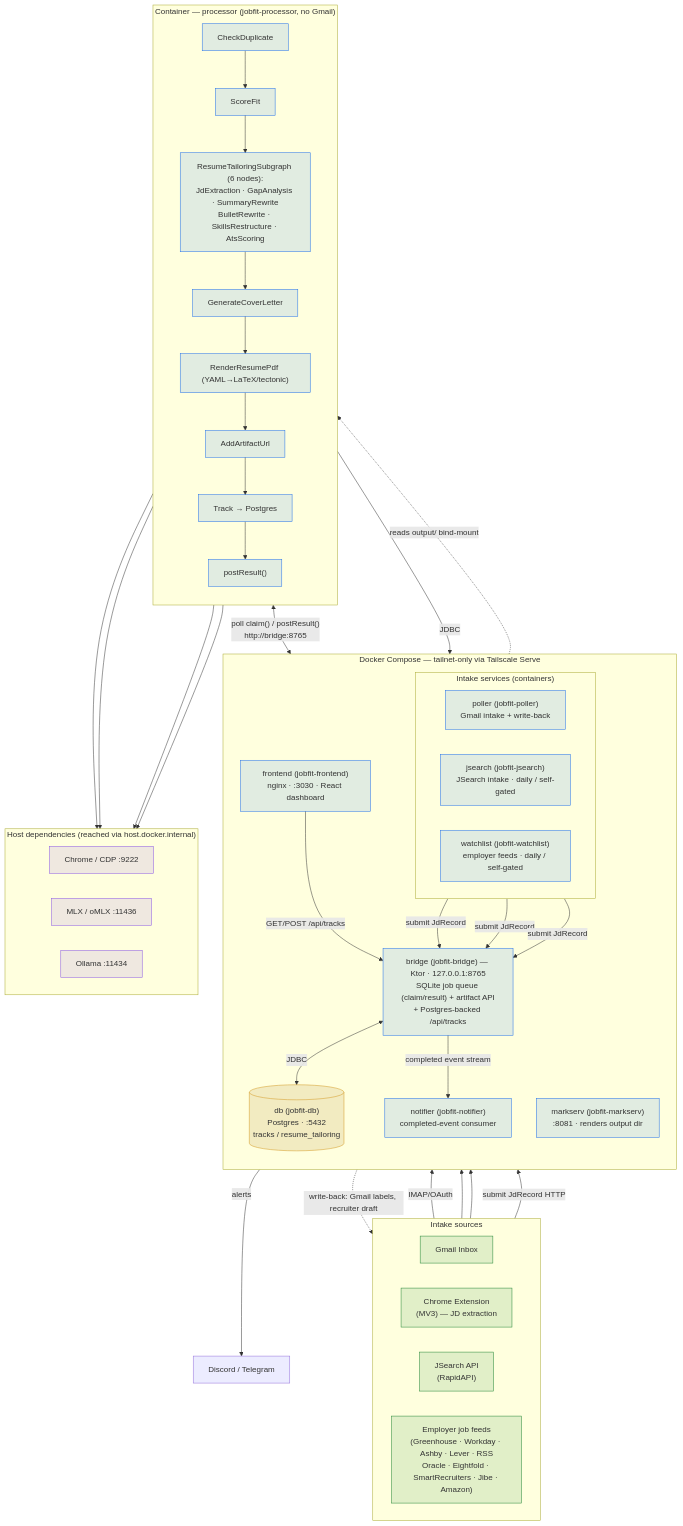
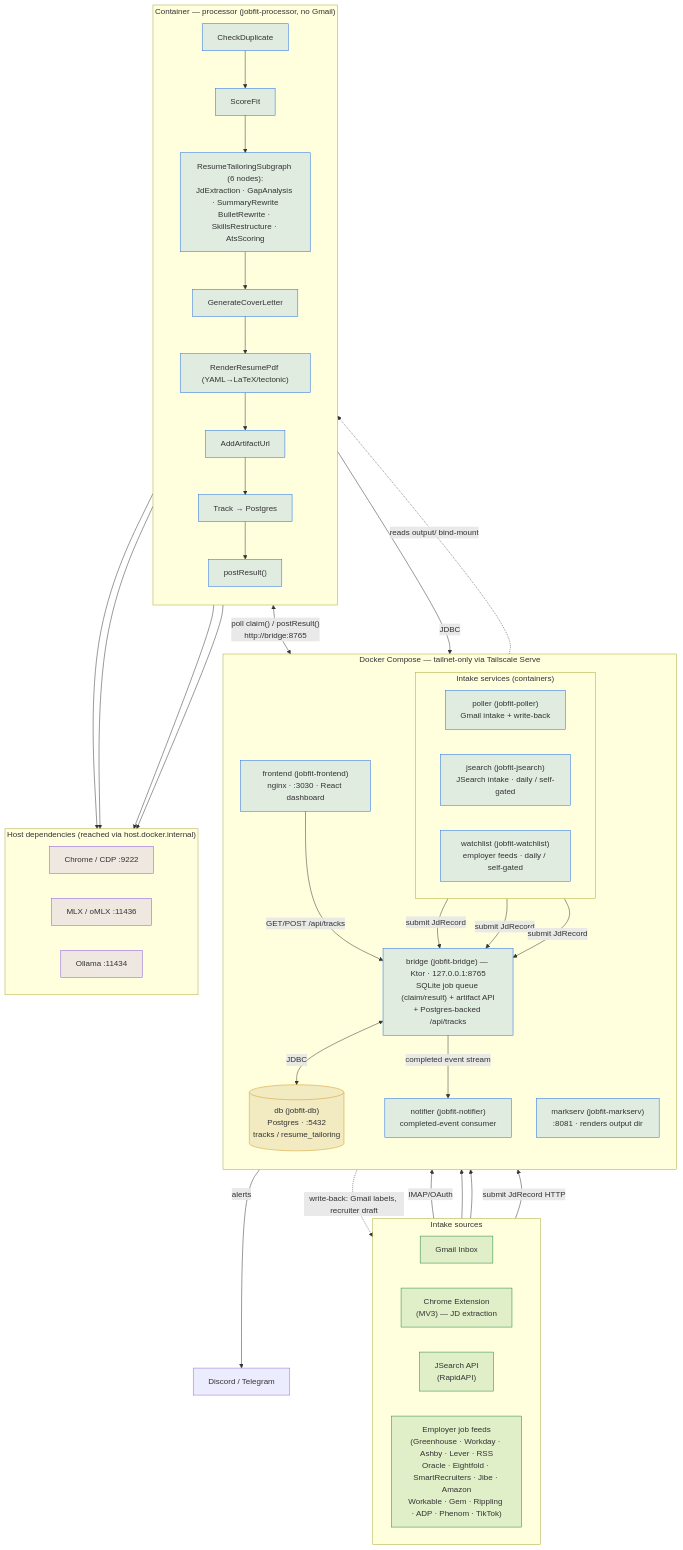
Before and after one commit to dkkyai/job-fit-apply-ai: the diagram in README.md, drawn with Mermaid. The commit also changed 21 other files, not shown here.

First line of the commit message:
feat(watchlist): Workable, Gem, Rippling, ADP, Phenom and TikTok adapters

```diff
--- a/README.md
+++ b/README.md
@@ -18,7 +18,7 @@
         GM["Gmail Inbox"]
         EXT["Chrome Extension<br/>(MV3) — JD extraction"]
         JS_API["JSearch API<br/>(RapidAPI)"]
-        ATS["Employer job feeds<br/>(Greenhouse · Workday · Ashby · Lever · RSS<br/>Oracle · Eightfold · SmartRecruiters · Jibe · Amazon)"]
+        ATS["Employer job feeds<br/>(Greenhouse · Workday · Ashby · Lever · RSS<br/>Oracle · Eightfold · SmartRecruiters · Jibe · Amazon<br/>Workable · Gem · Rippling · ADP · Phenom · TikTok)"]
     end
 
     %% ---------------- Docker Compose ----------------
```
